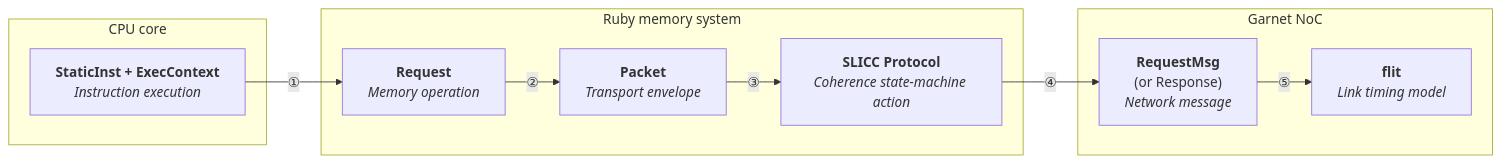
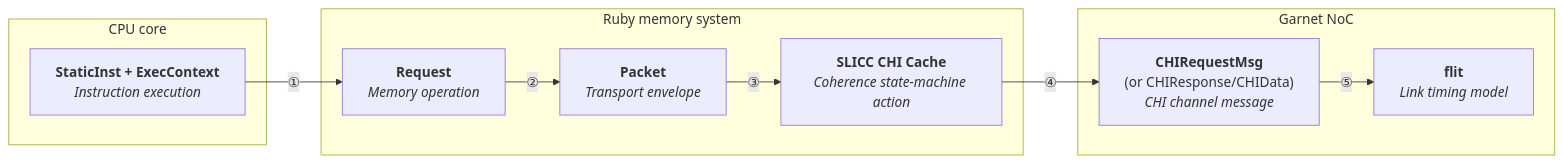
The first of 2 diagrams in ruby-book/extra/RequestToFlit.md (ripopov/gem5), drawn with Mermaid before and after one commit. The commit also changed other lines of this file and 61 other files, not shown here.

````diff
--- a/ruby-book/extra/RequestToFlit.md
+++ b/ruby-book/extra/RequestToFlit.md
@@ -64,21 +66,21 @@
 ```mermaid
 graph LR
     subgraph CPU["CPU core"]
         A["<b>StaticInst + ExecContext</b><br/><i>Instruction execution</i>"]
     end
     subgraph Ruby["Ruby memory system"]
         B["<b>Request</b><br/><i>Memory operation</i>"]
         C["<b>Packet</b><br/><i>Transport envelope</i>"]
-        D["<b>SLICC Protocol</b><br/><i>Coherence state-machine action</i>"]
+        D["<b>SLICC CHI Cache</b><br/><i>Coherence state-machine action</i>"]
     end
     subgraph Garnet["Garnet NoC"]
-        E["<b>RequestMsg</b><br/>(or Response)<br/><i>Network message</i>"]
+        E["<b>CHIRequestMsg</b><br/>(or CHIResponse/CHIData)<br/><i>CHI channel message</i>"]
         F["<b>flit</b><br/><i>Link timing model</i>"]
     end
 
     A -- "①" --> B
     B -- "②" --> C
     C -- "③" --> D
     D -- "④" --> E
     E -- "⑤" --> F
 ```
````
